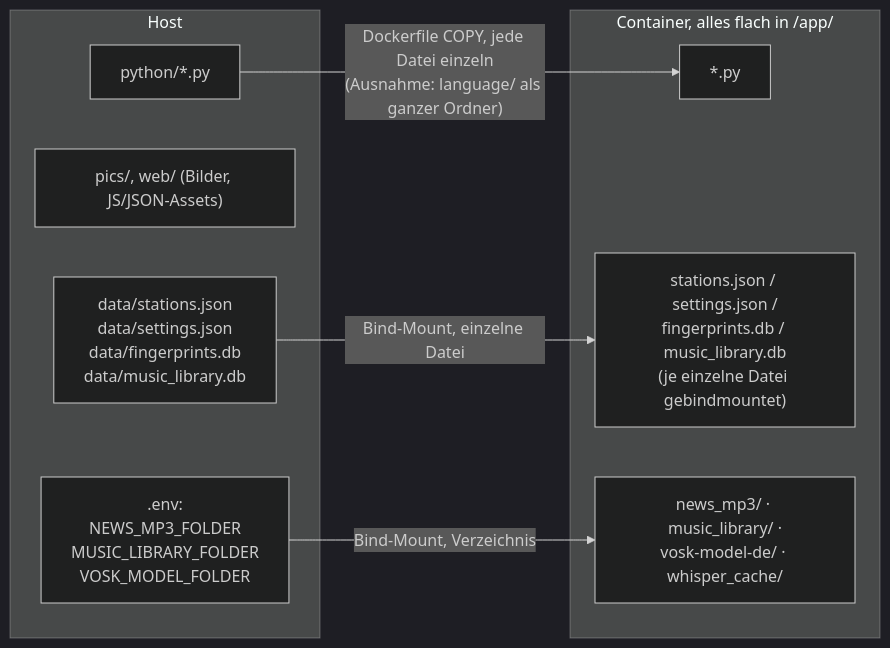
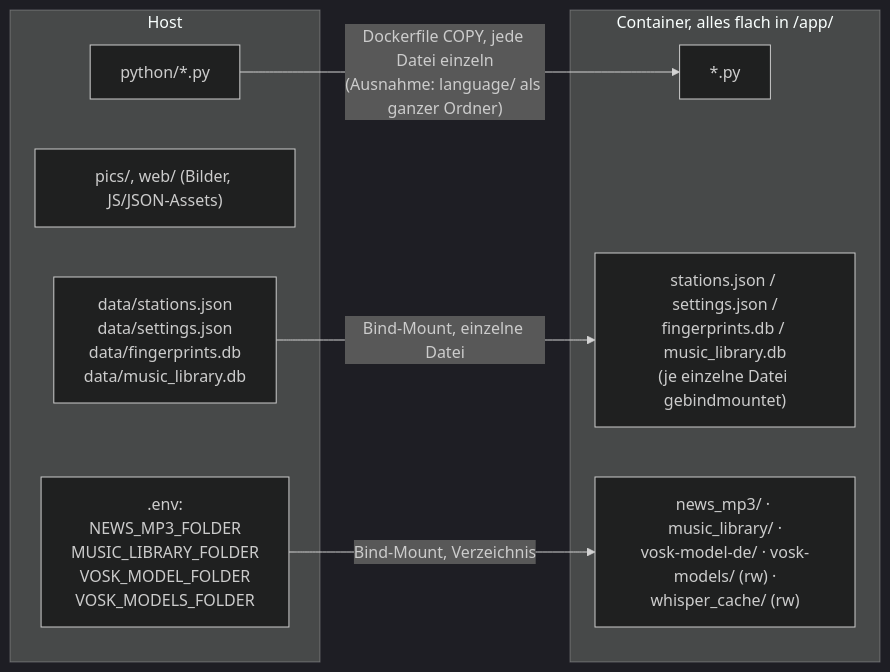
Before and after one commit to Blarks-de/radiosabbelnich: diagram 13 of 13 in ARCHITECTURE.md, drawn with Mermaid (dark theme). The commit also changed other lines of this file and 20 other files, not shown here.

First line of the commit message:
Add multi-language STT support: per-station language, Vosk model download, and automated detection

````diff
--- a/ARCHITECTURE.md
+++ b/ARCHITECTURE.md
@@ -1274,17 +1513,17 @@
 ```mermaid
 flowchart LR
     subgraph Host
         H1["python/*.py"]
         H2["pics/, web/ (Bilder, JS/JSON-Assets)"]
         H3["data/stations.json<br/>data/settings.json<br/>data/fingerprints.db<br/>data/music_library.db"]
-        H4[".env:<br/>NEWS_MP3_FOLDER<br/>MUSIC_LIBRARY_FOLDER<br/>VOSK_MODEL_FOLDER"]
+        H4[".env:<br/>NEWS_MP3_FOLDER<br/>MUSIC_LIBRARY_FOLDER<br/>VOSK_MODEL_FOLDER<br/>VOSK_MODELS_FOLDER"]
     end
     subgraph Container["Container, alles flach in /app/"]
         C1["*.py"]
         C2["stations.json / settings.json /<br/>fingerprints.db / music_library.db<br/>(je einzelne Datei gebindmountet)"]
-        C3["news_mp3/ · music_library/ ·<br/>vosk-model-de/ · whisper_cache/"]
+        C3["news_mp3/ · music_library/ ·<br/>vosk-model-de/ · vosk-models/ (rw) ·<br/>whisper_cache/ (rw)"]
     end
     H1 -->|"Dockerfile COPY, jede Datei einzeln<br/>(Ausnahme: language/ als ganzer Ordner)"| C1
     H3 -->|"Bind-Mount, einzelne Datei"| C2
     H4 -->|"Bind-Mount, Verzeichnis"| C3
 ```
````
